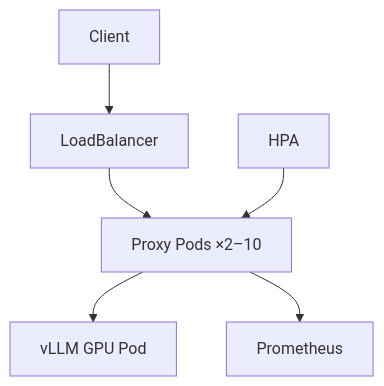
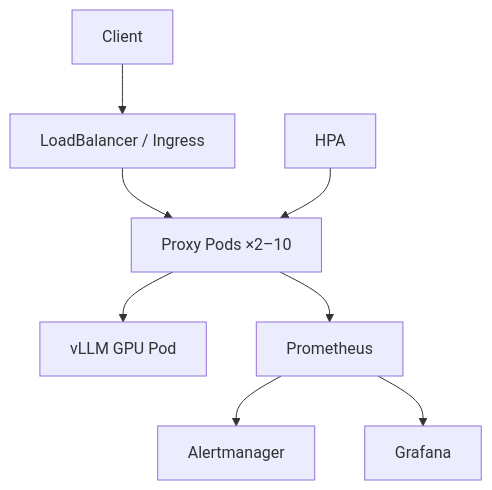
Before and after one commit to ArchanaChetan07/ai-inference-observability-platform: the second of 2 diagrams in README.md, drawn with Mermaid. The commit also changed other lines of this file, not shown here.

````diff
--- a/README.md
+++ b/README.md
@@ -264,8 +310,10 @@
 ```mermaid
 flowchart TB
-    Client --> LB[LoadBalancer]
+    Client --> LB[LoadBalancer / Ingress]
     LB --> Proxy[Proxy Pods ×2–10]
     Proxy --> VLLM[vLLM GPU Pod]
     HPA[HPA] --> Proxy
     Proxy --> Prom[Prometheus]
+    Prom --> AM[Alertmanager]
+    Prom --> Graf[Grafana]
 ```
````
